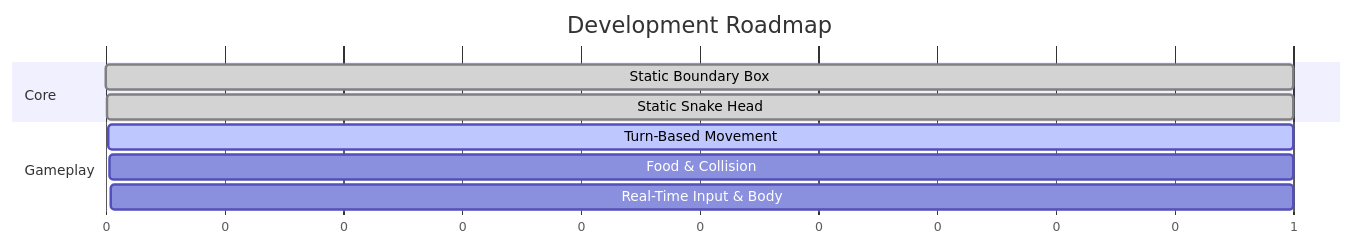
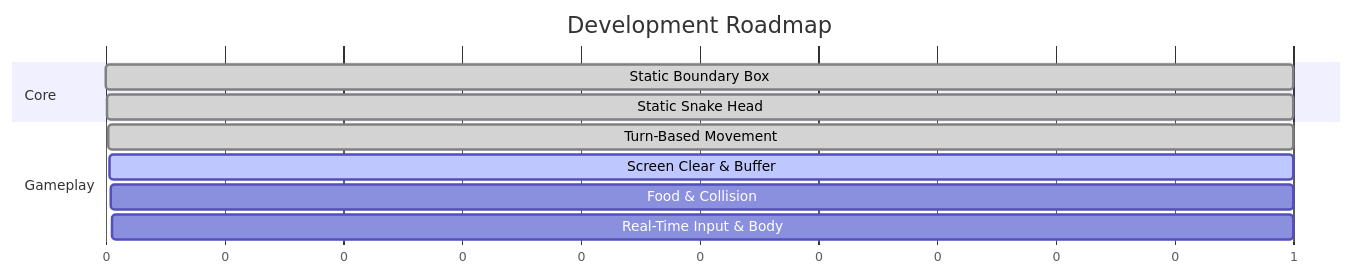
Before and after one commit to cyanoge1-netizen/snake-game-c: the fourth of 4 diagrams in README.md, drawn with Mermaid. The commit also changed other lines of this file and 1 other file, not shown here.

Commit message:
feat: complete milestone 3 with turn-based movement and update docs

````diff
--- a/README.md
+++ b/README.md
@@ -84,13 +84,14 @@
 ```mermaid
 gantt
     title Development Roadmap
     dateFormat  X
     axisFormat %s
     section Core
     Static Boundary Box       :done, m1, 0, 1
     Static Snake Head         :done, m2, 1, 1
     section Gameplay
-    Turn-Based Movement       :active, m3, 2, 1
-    Food & Collision          :m4, 3, 1
-    Real-Time Input & Body    :m5, 4, 1
+    Turn-Based Movement       :done, m3, 2, 1
+    Screen Clear & Buffer     :active, m4_prep, 3, 1
+    Food & Collision          :m4, 4, 1
+    Real-Time Input & Body    :m5, 5, 1
 ```
````
